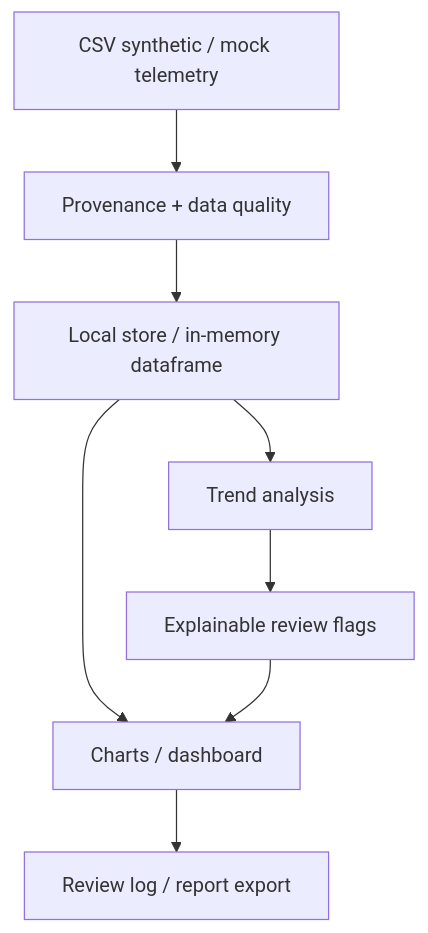
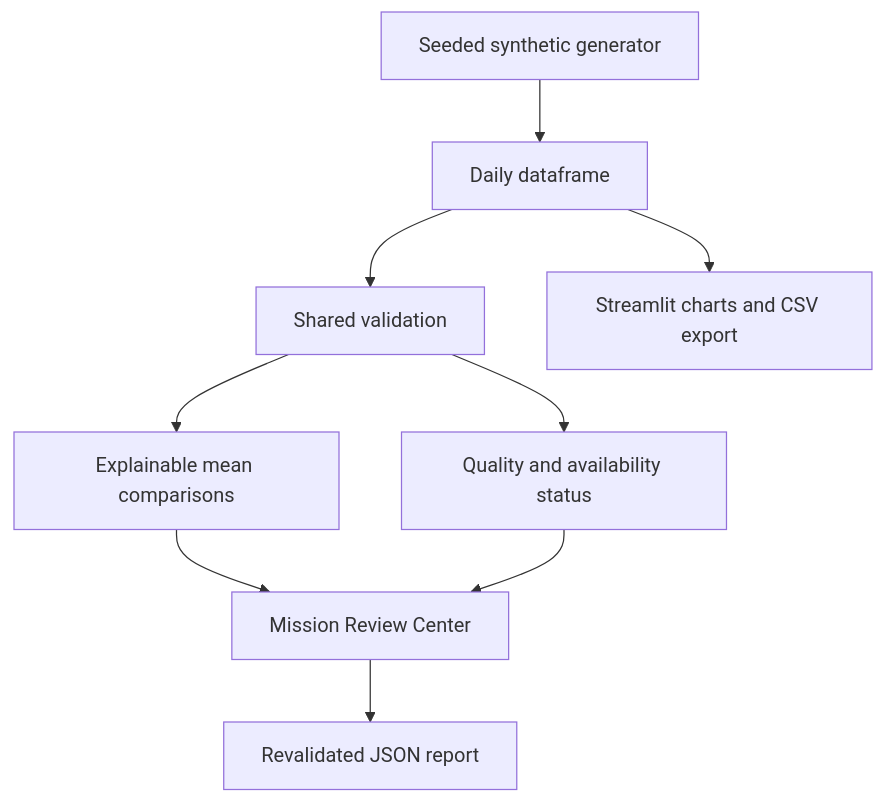
Before and after one commit to josuepa936-hue/ARES-Health-AI: the diagram in docs/ARCHITECTURE.md, drawn with Mermaid. The commit also changed other lines of this file and 12 other files, not shown here.

Commit message:
ARES v0.5: strengthen data validation and explainability

````diff
--- a/docs/ARCHITECTURE.md
+++ b/docs/ARCHITECTURE.md
@@ -3,10 +5,11 @@
 ```mermaid
 flowchart TD
-    A[CSV synthetic / mock telemetry] --> B[Provenance + data quality]
-    B --> C[Local store / in-memory dataframe]
-    C --> D[Trend analysis]
-    D --> E[Explainable review flags]
-    C --> F[Charts / dashboard]
-    E --> F
-    F --> G[Review log / report export]
+    A[Seeded synthetic generator] --> B[Daily dataframe]
+    B --> C[Shared validation]
+    C --> D[Explainable mean comparisons]
+    B --> E[Streamlit charts and CSV export]
+    C --> F[Quality and availability status]
+    D --> G[Mission Review Center]
+    F --> G
+    G --> H[Revalidated JSON report]
 ```
````
